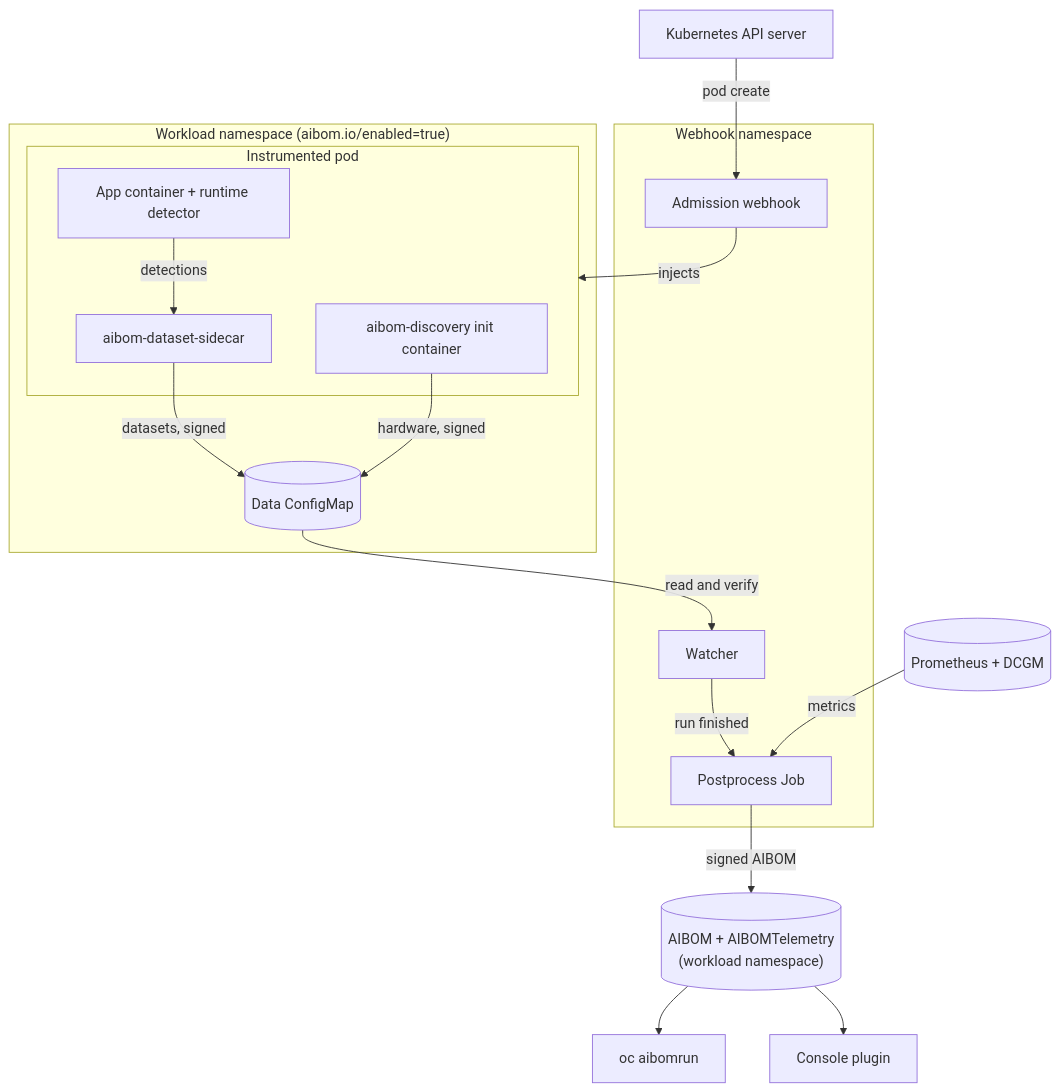
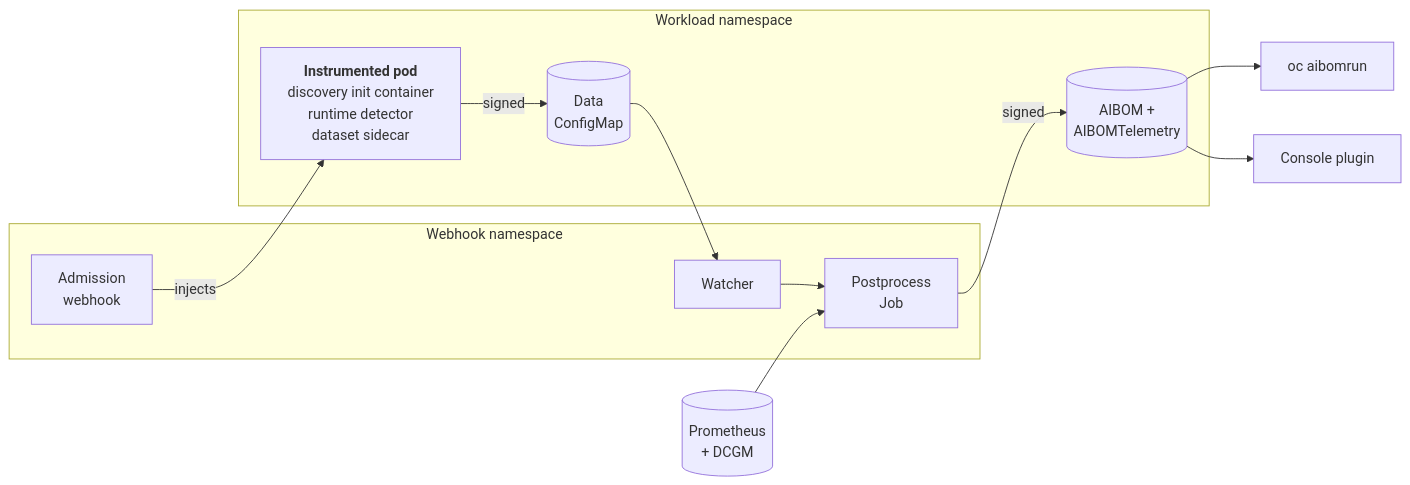
The diagram in docs/index.md (gavinsan33/project-aibom), drawn with Mermaid before and after one commit.

Commit message:
Lay out the architecture diagram in horizontal namespace lanes

````diff
--- a/docs/index.md
+++ b/docs/index.md
@@ -22,37 +22,27 @@
 ```mermaid
-flowchart TB
-    api["Kubernetes API server"]
-    prom[("Prometheus + DCGM")]
-
+flowchart LR
     subgraph whns["Webhook namespace"]
-        webhook["Admission webhook"]
+        webhook["Admission<br/>webhook"]
         watcher["Watcher"]
-        post["Postprocess Job"]
+        post["Postprocess<br/>Job"]
     end
 
-    subgraph wlns["Workload namespace (aibom.io/enabled=true)"]
-        subgraph pod["Instrumented pod"]
-            disc["aibom-discovery init container"]
-            app["App container + runtime detector"]
-            side["aibom-dataset-sidecar"]
-        end
-        cm[("Data ConfigMap")]
+    subgraph wlns["Workload namespace"]
+        pod["<b>Instrumented pod</b><br/>discovery init container<br/>runtime detector<br/>dataset sidecar"]
+        cm[("Data<br/>ConfigMap")]
+        aibom[("AIBOM +<br/>AIBOMTelemetry")]
     end
 
-    aibom[("AIBOM + AIBOMTelemetry<br/>(workload namespace)")]
-
+    prom[("Prometheus<br/>+ DCGM")]
     cli["oc aibomrun"]
     console["Console plugin"]
 
-    api -- "pod create" --> webhook
     webhook -- "injects" --> pod
-    disc -- "hardware, signed" --> cm
-    app -- "detections" --> side
-    side -- "datasets, signed" --> cm
-    cm -- "read and verify" --> watcher
-    watcher -- "run finished" --> post
-    prom -- "metrics" --> post
-    post -- "signed AIBOM" --> aibom
+    pod -- "signed" --> cm
+    cm --> watcher
+    watcher --> post
+    prom --> post
+    post -- "signed" --> aibom
     aibom --> cli
     aibom --> console
 ```
````
